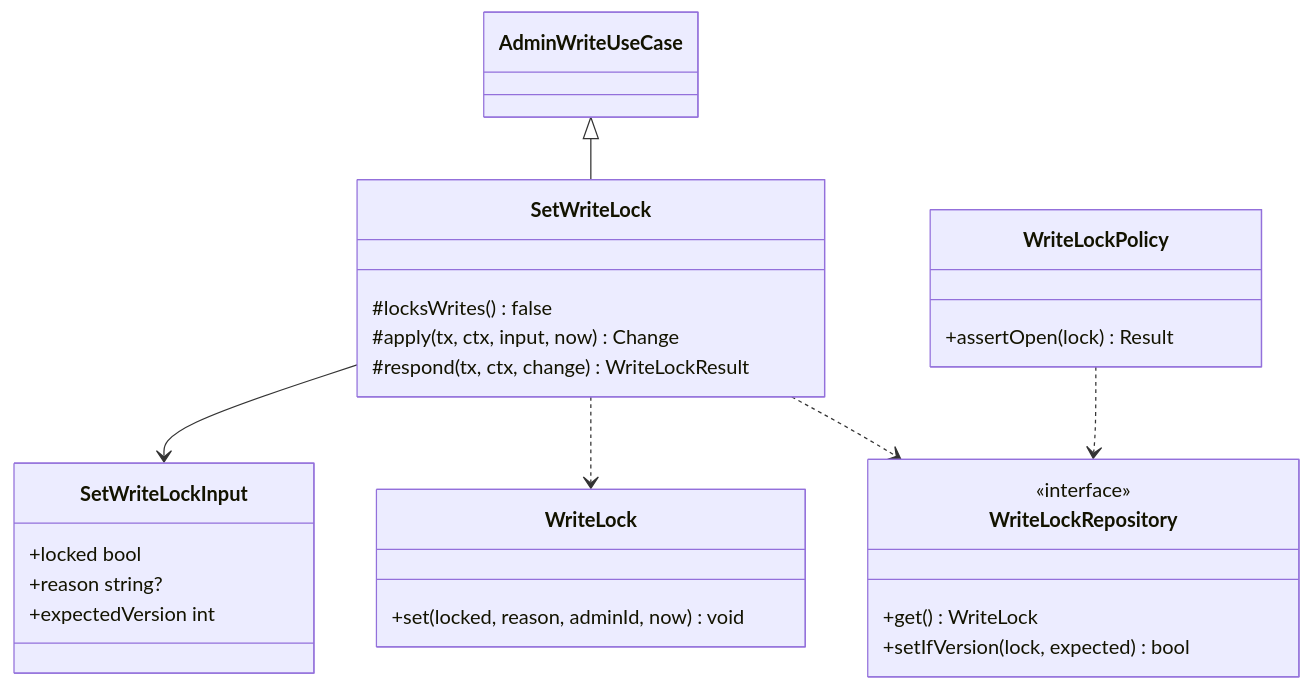
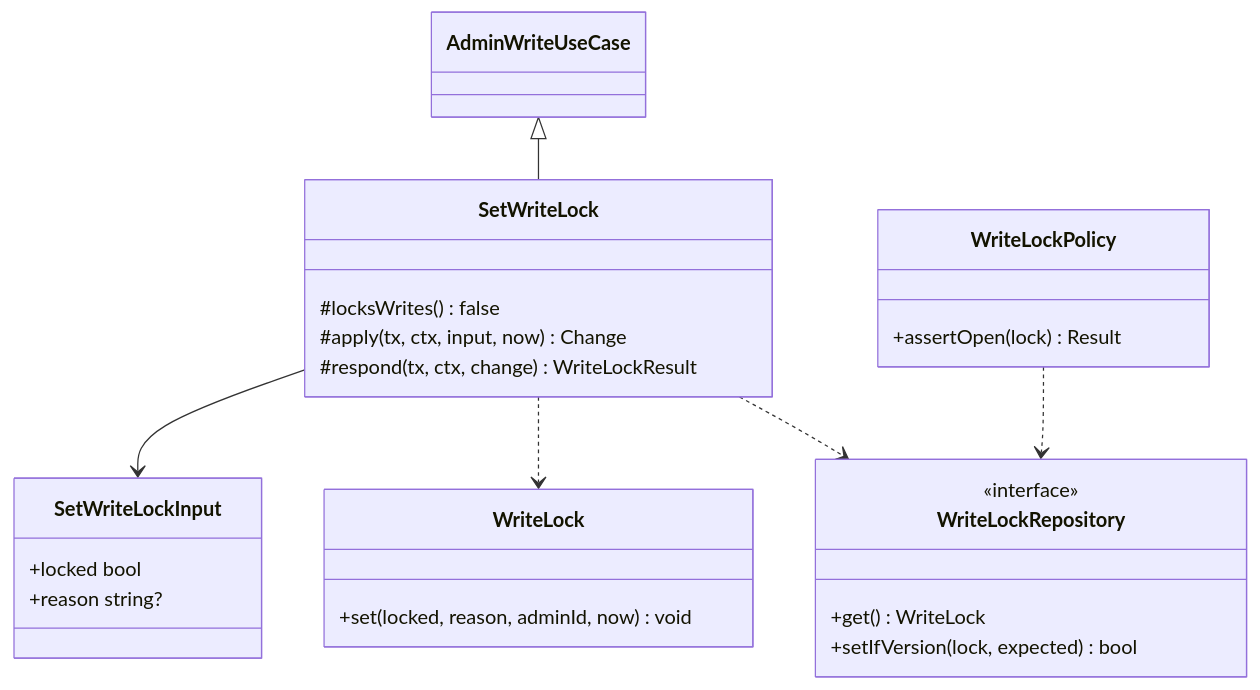
One commit to 1985jwlee/portpolio_backend changed diagram 34 of 41 in docs/design/features/11-guestbook-write.md. Above: the diagram before and after it, drawn with Mermaid. The commit also changed other lines of this file and 33 other files, not shown here.

````diff
--- a/docs/design/features/11-guestbook-write.md
+++ b/docs/design/features/11-guestbook-write.md
@@ -1727,29 +1720,28 @@
 ```mermaid
 classDiagram
     class SetWriteLock {
         #locksWrites() false
         #apply(tx, ctx, input, now) Change
         #respond(tx, ctx, change) WriteLockResult
     }
     class SetWriteLockInput {
         +locked bool
         +reason string?
-        +expectedVersion int
     }
     class WriteLock {
         +set(locked, reason, adminId, now) void
     }
     class WriteLockRepository {
         <<interface>>
         +get() WriteLock
         +setIfVersion(lock, expected) bool
     }
     class WriteLockPolicy {
         +assertOpen(lock) Result
     }
     AdminWriteUseCase <|-- SetWriteLock
     SetWriteLock --> SetWriteLockInput
     SetWriteLock ..> WriteLock
     SetWriteLock ..> WriteLockRepository
     WriteLockPolicy ..> WriteLockRepository
 ```
````
